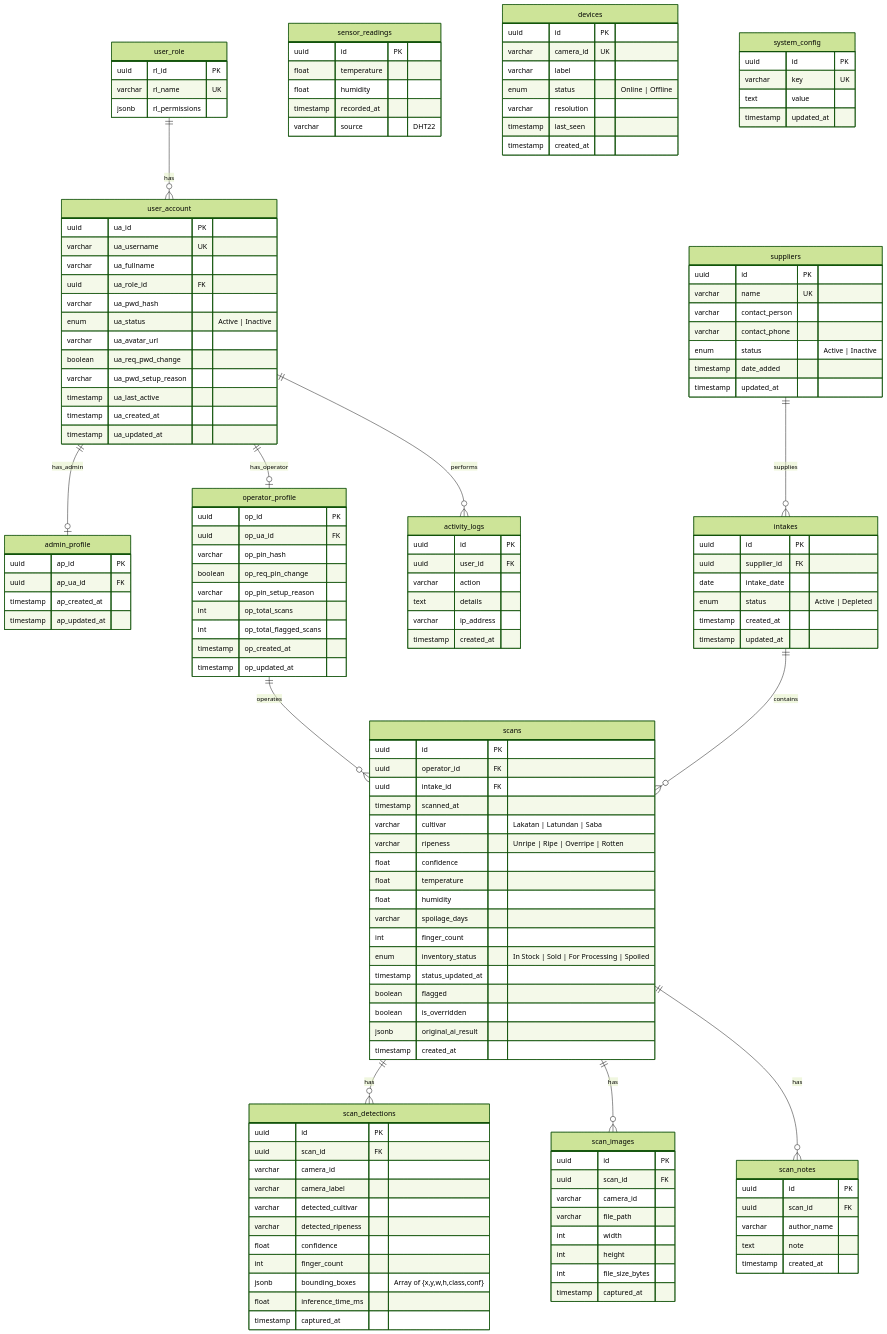
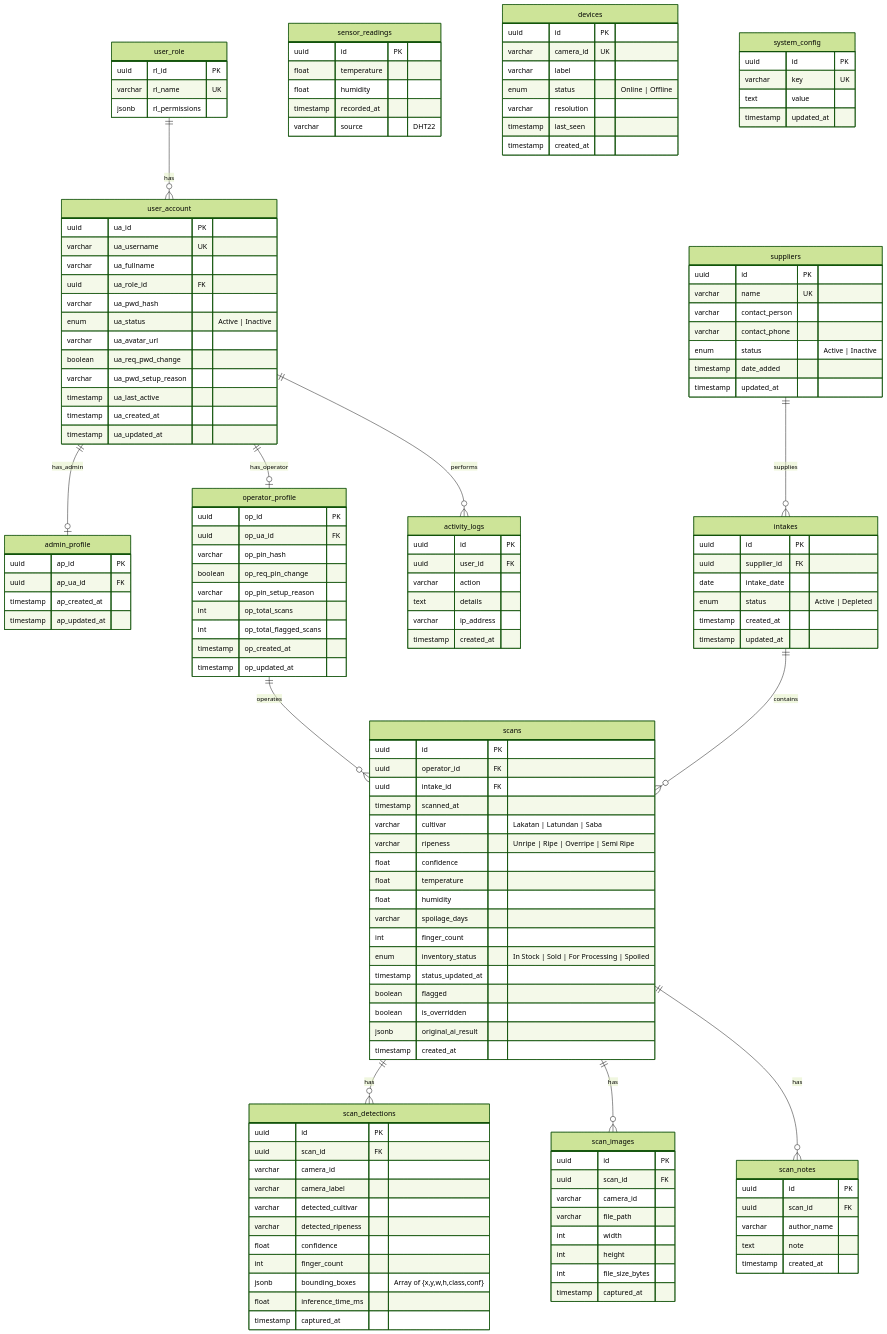
One commit to BlackShark404/BananaVision changed the diagram in docs/backend_plan.md. Above: the diagram before and after it, drawn with Mermaid (forest theme). The commit also changed 10 other files, not shown here.

Commit message:
refactor: replace Rotten status with Semi Ripe in classification logic, database schema, and UI components

```diff
--- a/docs/backend_plan.md
+++ b/docs/backend_plan.md
@@ -295,7 +295,7 @@
         uuid intake_id FK
         timestamp scanned_at
         varchar cultivar "Lakatan | Latundan | Saba"
-        varchar ripeness "Unripe | Ripe | Overripe | Rotten"
+        varchar ripeness "Unripe | Ripe | Overripe | Semi Ripe"
         float confidence
         float temperature
         float humidity
```
